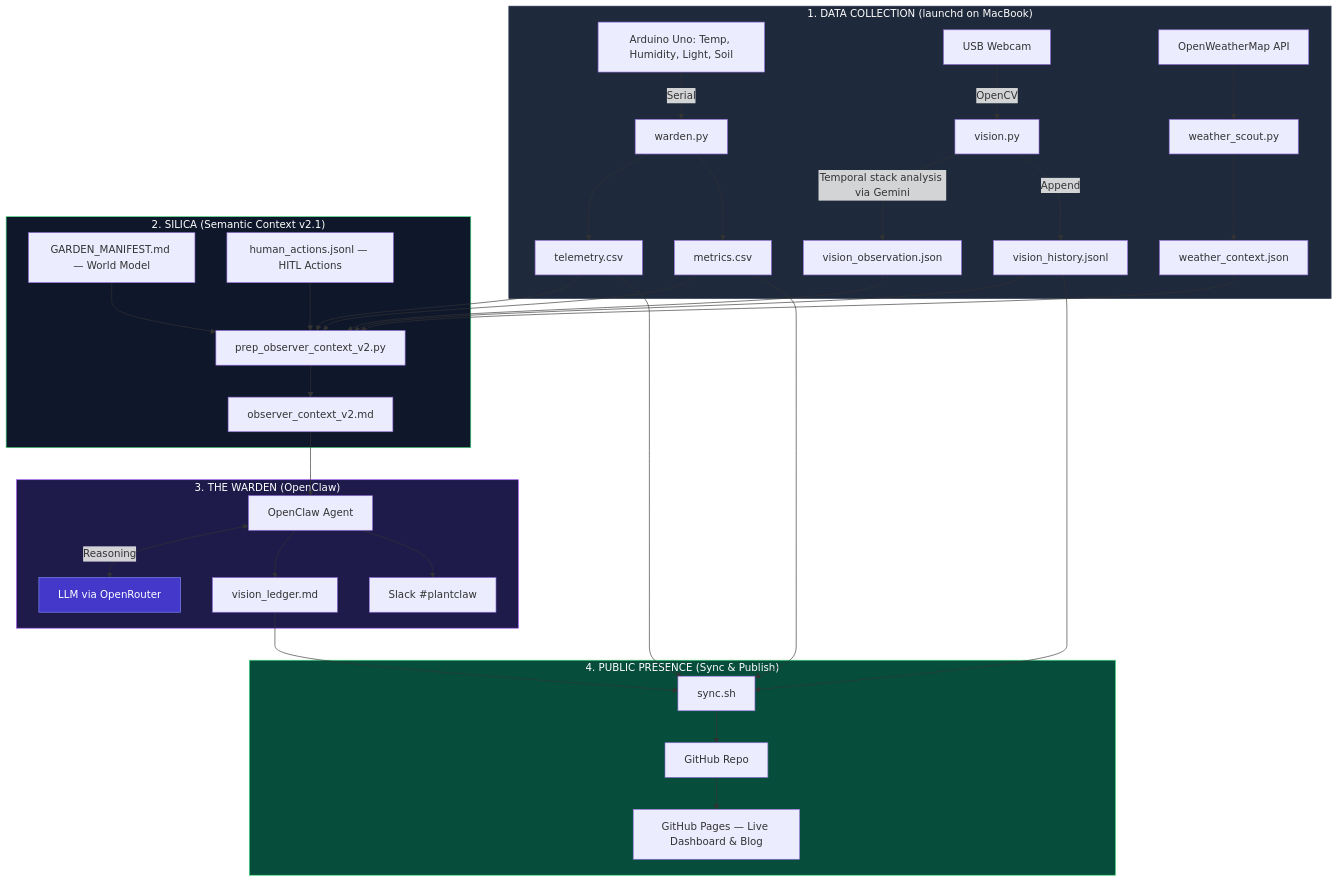
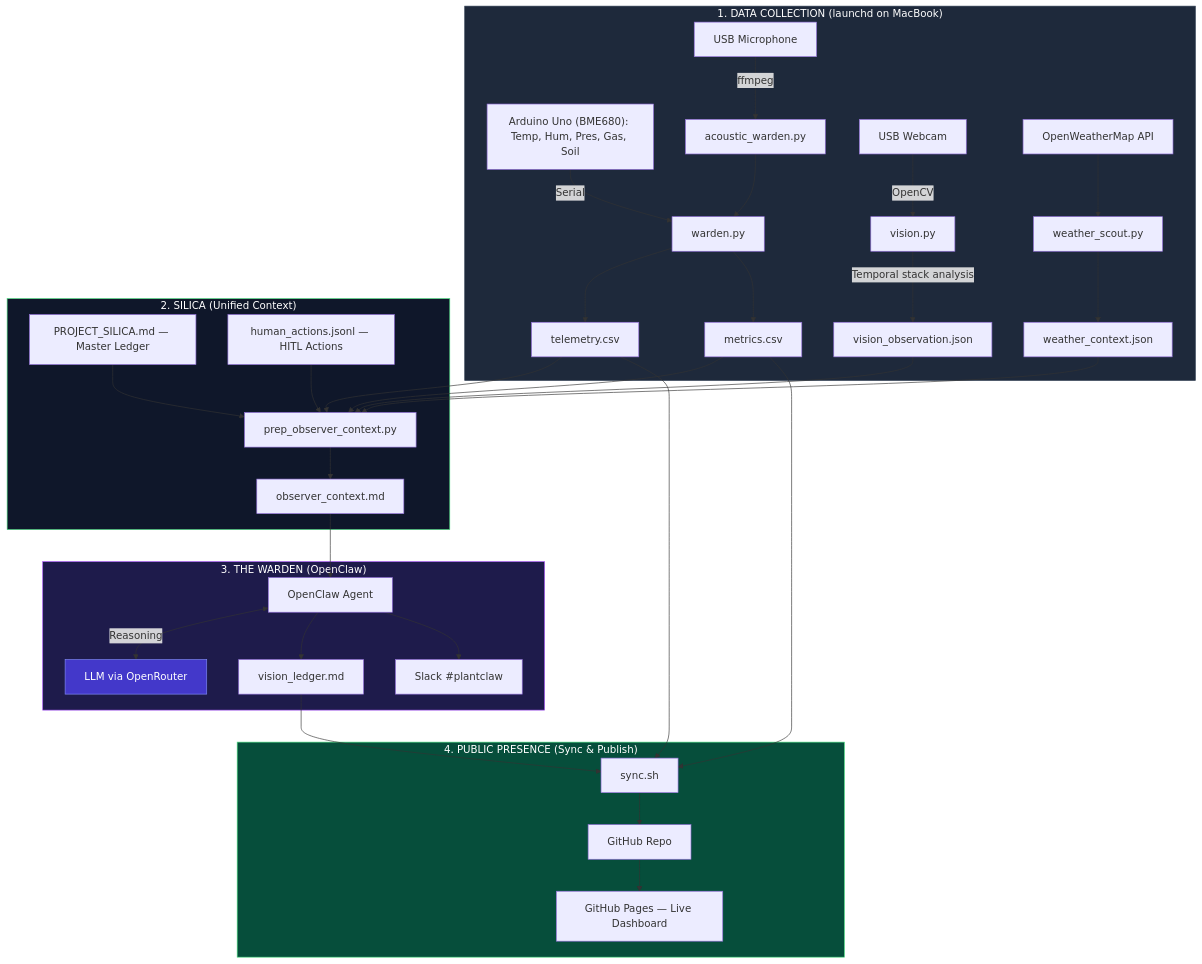
Before and after one commit to surendranb/gardenbot: the diagram in src/docs/architecture.md, drawn with Mermaid. The commit also changed other lines of this file and 14 other files, not shown here.

Commit message:
GardenOS Sync: 2026-04-08 08:19:53

````diff
--- a/src/docs/architecture.md
+++ b/src/docs/architecture.md
@@ -34,47 +34,48 @@
 ```mermaid
 graph TD
     %% Layer 1: Data Collection
     subgraph Collection["1. DATA COLLECTION (launchd on MacBook)"]
-        AR[Arduino Uno: Temp, Humidity, Light, Soil] -->|Serial| WPY[warden.py]
+        AR["Arduino Uno (BME680): Temp, Hum, Pres, Gas, Soil"] -->|Serial| WPY[warden.py]
+        MIC[USB Microphone] -->|ffmpeg| AWPY[acoustic_warden.py]
+        AWPY --> WPY
         WPY --> CSV[telemetry.csv]
         WPY --> MET[metrics.csv]
 
         CAM[USB Webcam] -->|OpenCV| VPY[vision.py]
-        VPY -->|Temporal stack analysis via Gemini| VJS[vision_observation.json]
-        VPY -->|Append| VHS[vision_history.jsonl]
+        VPY -->|Temporal stack analysis| VJS[vision_observation.json]
 
         OWM[OpenWeatherMap API] --> WSC[weather_scout.py]
         WSC --> WTH[weather_context.json]
     end
 
-    %% Layer 2: SILICA Context Layer (v2.1)
-    subgraph SILICA["2. SILICA (Semantic Context v2.1)"]
-        CSV & MET & VJS & VHS & WTH --> POC[prep_observer_context_v2.py]
-        GM[GARDEN_MANIFEST.md — World Model] --> POC
+    %% Layer 2: SILICA Context Layer (Unified)
+    subgraph SILICA["2. SILICA (Unified Context)"]
+        CSV & MET & VJS & WTH --> POC[prep_observer_context.py]
+        PSL["PROJECT_SILICA.md — Master Ledger"] --> POC
         HA[human_actions.jsonl — HITL Actions] --> POC
-        POC --> CTX[observer_context_v2.md]
+        POC --> CTX[observer_context.md]
     end
 
     %% Layer 3: The Warden / Observer
     subgraph Warden["3. THE WARDEN (OpenClaw)"]
         CTX --> OC[OpenClaw Agent]
         OC <-->|Reasoning| LLM[LLM via OpenRouter]
         OC --> LDG[vision_ledger.md]
         OC --> SLK[Slack #plantclaw]
     end
 
     %% Layer 4: Public Presence
     subgraph Public["4. PUBLIC PRESENCE (Sync & Publish)"]
         LDG --> SYNC[sync.sh]
-        CSV & MET & VHS --> SYNC
+        CSV & MET --> SYNC
         SYNC --> GH[GitHub Repo]
-        GH --> WEB[GitHub Pages — Live Dashboard & Blog]
+        GH --> WEB[GitHub Pages — Live Dashboard]
     end
 
     %% Styling
     style Collection fill:#1e293b,stroke:#334155,color:#fff
     style SILICA fill:#0f172a,stroke:#4ade80,color:#fff
     style Warden fill:#1e1b4b,stroke:#a855f7,color:#fff
     style Public fill:#064e3b,stroke:#4ade80,color:#fff
     style LLM fill:#4338ca,stroke:#818cf8,color:#fff
 ```
````
